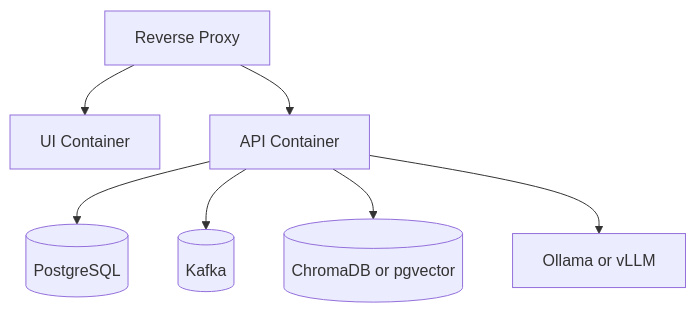
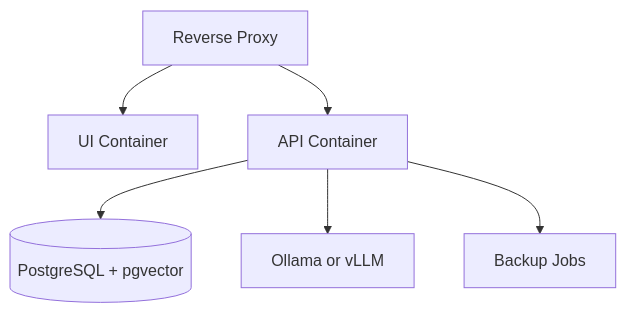
The second of 3 diagrams in docs/deployment.md (dcfrancisco/open-intelligence-platform), drawn with Mermaid before and after one commit. The commit also changed other lines of this file and 24 other files, not shown here.

````diff
--- a/docs/deployment.md
+++ b/docs/deployment.md
@@ -39,17 +48,15 @@
 ```mermaid
 flowchart TB
     Proxy[Reverse Proxy]
     UI[UI Container]
     API[API Container]
-    DB[(PostgreSQL)]
-    Kafka[(Kafka)]
-    Vector[(ChromaDB or pgvector)]
+    DB[(PostgreSQL + pgvector)]
     Models[Ollama or vLLM]
+    Backup[Backup Jobs]
 
     Proxy --> UI
     Proxy --> API
     API --> DB
-    API --> Kafka
-    API --> Vector
     API --> Models
+    API --> Backup
 ```
````
